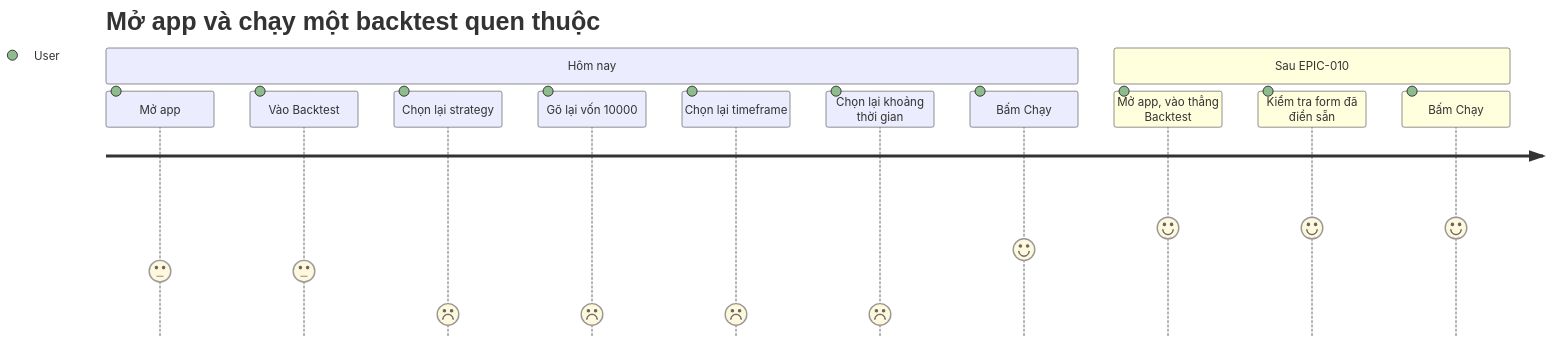
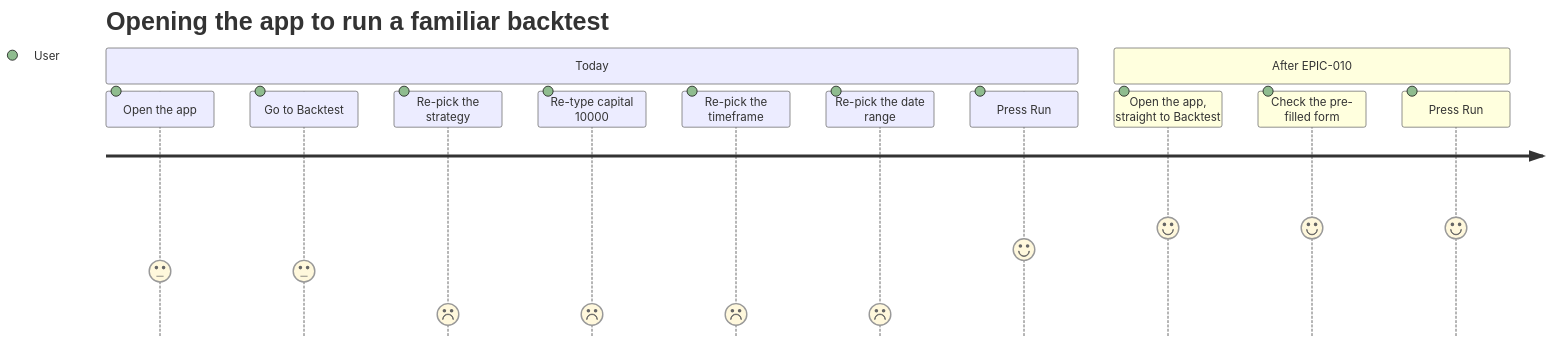
Diagram 12 of 12 in Tasks/epics/EPIC-010_ghi_nho_gia_tri_cuoi/design/DESIGN_2026-08-25_ui_state_persistence.md (anhembedded/Sagittarius_Elite_Warrior), drawn with Mermaid before and after one commit. The commit also changed other lines of this file and 1 other file, not shown here.

First line of the commit message:
docs(epic): translate EPIC-010 design doc and epic README to English

````diff
--- a/Tasks/epics/EPIC-010_ghi_nho_gia_tri_cuoi/design/DESIGN_2026-08-25_ui_state_persistence.md
+++ b/Tasks/epics/EPIC-010_ghi_nho_gia_tri_cuoi/design/DESIGN_2026-08-25_ui_state_persistence.md
@@ -890,16 +917,16 @@
 ```mermaid
 journey
-    title Mở app và chạy một backtest quen thuộc
-    section Hôm nay
-      Mở app: 3: User
-      Vào Backtest: 3: User
-      Chọn lại strategy: 1: User
-      Gõ lại vốn 10000: 1: User
-      Chọn lại timeframe: 1: User
-      Chọn lại khoảng thời gian: 1: User
-      Bấm Chạy: 4: User
-    section Sau EPIC-010
-      Mở app, vào thẳng Backtest: 5: User
-      Kiểm tra form đã điền sẵn: 5: User
-      Bấm Chạy: 5: User
+    title Opening the app to run a familiar backtest
+    section Today
+      Open the app: 3: User
+      Go to Backtest: 3: User
+      Re-pick the strategy: 1: User
+      Re-type capital 10000: 1: User
+      Re-pick the timeframe: 1: User
+      Re-pick the date range: 1: User
+      Press Run: 4: User
+    section After EPIC-010
+      Open the app, straight to Backtest: 5: User
+      Check the pre-filled form: 5: User
+      Press Run: 5: User
 ```
````
